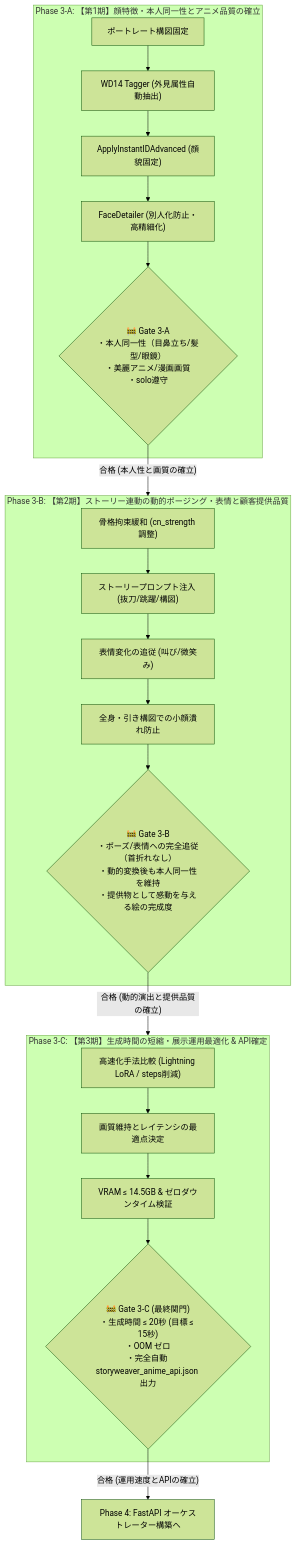
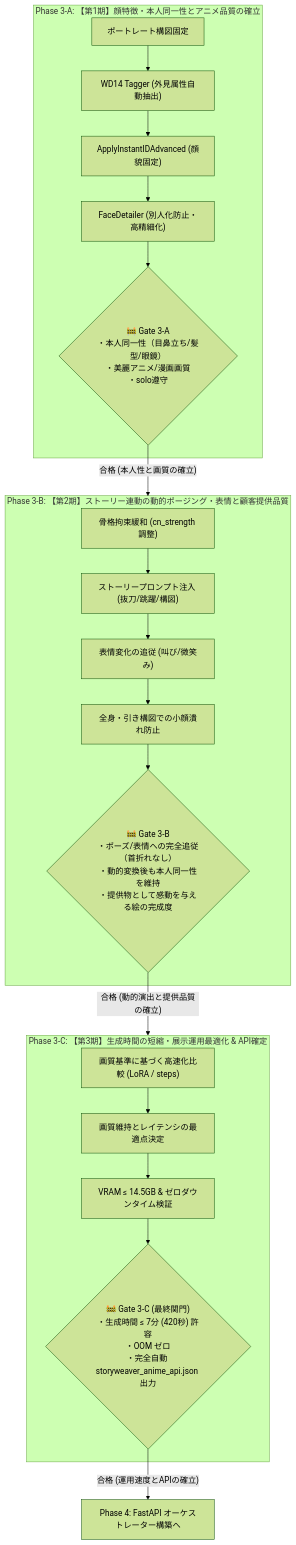
One commit to nasabanaru-sketch/StoryWeaver changed the third of 3 diagrams in docs/plans/README.md. Above: the diagram before and after it, drawn with Mermaid (forest theme). The commit also changed other lines of this file and 4 other files, not shown here.

````diff
--- a/docs/plans/README.md
+++ b/docs/plans/README.md
@@ -485,29 +485,29 @@
 ```mermaid
 flowchart TD
     subgraph P3A["Phase 3-A: 【第1期】顔特徴・本人同一性とアニメ品質の確立"]
         A1["ポートレート構図固定"] --> A2["WD14 Tagger (外見属性自動抽出)"]
         A2 --> A3["ApplyInstantIDAdvanced (顔貌固定)"]
         A3 --> A4["FaceDetailer (別人化防止・高精細化)"]
         A4 --> GA{"🚧 Gate 3-A<br>・本人同一性（目鼻立ち/髪型/眼鏡）<br>・美麗アニメ/漫画画質<br>・solo遵守"}
     end
 
     subgraph P3B["Phase 3-B: 【第2期】ストーリー連動の動的ポージング・表情と顧客提供品質"]
         B1["骨格拘束緩和 (cn_strength 調整)"] --> B2["ストーリープロンプト注入 (抜刀/跳躍/構図)"]
         B2 --> B3["表情変化の追従 (叫び/微笑み)"]
         B3 --> B4["全身・引き構図での小顔潰れ防止"]
         B4 --> GB{"🚧 Gate 3-B<br>・ポーズ/表情への完全追従（首折れなし）<br>・動的変換後も本人同一性を維持<br>・提供物として感動を与える絵の完成度"}
     end
 
     subgraph P3C["Phase 3-C: 【第3期】生成時間の短縮・展示運用最適化 & API確定"]
-        C1["高速化手法比較 (Lightning LoRA / steps削減)"] --> C2["画質維持とレイテンシの最適点決定"]
+        C1["画質基準に基づく高速化比較 (LoRA / steps)"] --> C2["画質維持とレイテンシの最適点決定"]
         C2 --> C3["VRAM ≤ 14.5GB & ゼロダウンタイム検証"]
-        C3 --> GC{"🚧 Gate 3-C (最終関門)<br>・生成時間 ≤ 20秒 (目標 ≤ 15秒)<br>・OOM ゼロ<br>・完全自動 storyweaver_anime_api.json 出力"}
+        C3 --> GC{"🚧 Gate 3-C (最終関門)<br>・生成時間 ≤ 7分 (420秒) 許容<br>・OOM ゼロ<br>・完全自動 storyweaver_anime_api.json 出力"}
     end
 
     GA -- "合格 (本人性と画質の確立)" --> P3B
     GB -- "合格 (動的演出と提供品質の確立)" --> P3C
     GC -- "合格 (運用速度とAPIの確立)" --> PHASE4["Phase 4: FastAPI オーケストレーター構築へ"]
 
     classDef gate fill:#d97706,stroke:#fcd34d,color:#fff;
     classDef phase4 fill:#16a34a,stroke:#22c55e,color:#fff;
 ```
````
